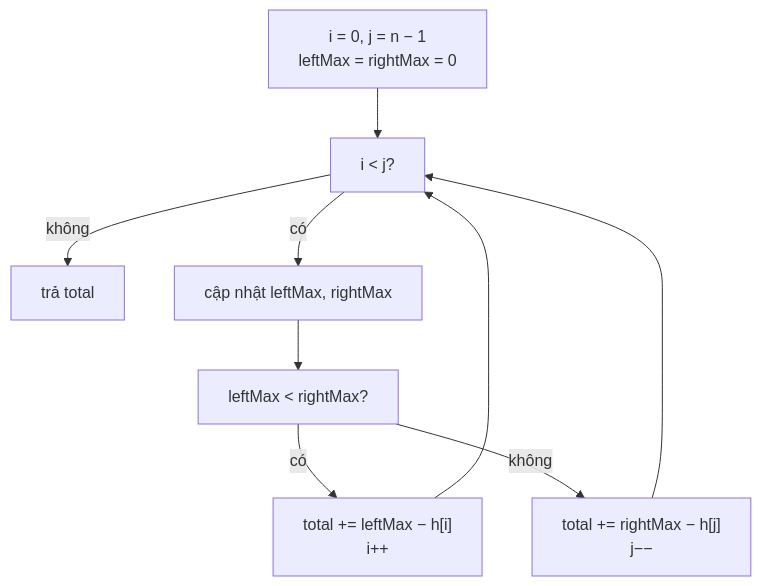
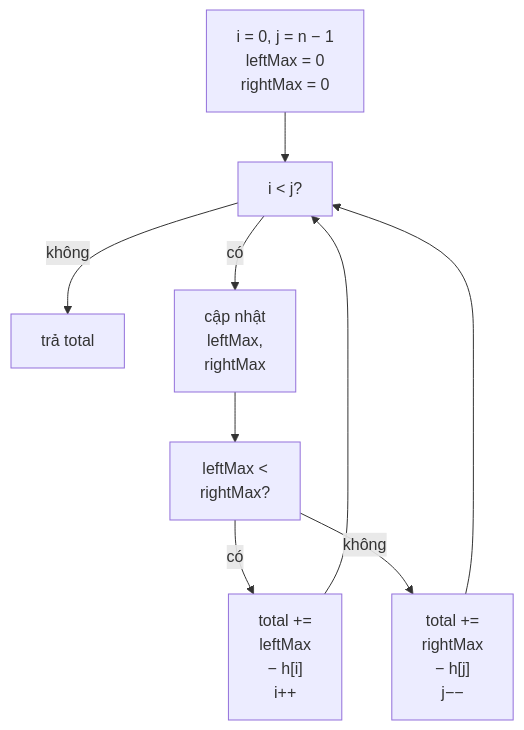
One commit to duongbui234/software-engineering-atlas changed the diagram in content/problems/trapping-rain-water.md. Above: the diagram before and after it, drawn with Mermaid. The commit also changed 134 other files, not shown here.

First line of the commit message:
Fit every Mermaid diagram at 390px without sideways scroll (#56)

````diff
--- a/content/problems/trapping-rain-water.md
+++ b/content/problems/trapping-rain-water.md
@@ -44,9 +44,9 @@
 ```mermaid
 flowchart TB
-  A["i = 0, j = n − 1<br/>leftMax = rightMax = 0"] --> B["i < j?"]
+  A["i = 0, j = n − 1<br/>leftMax = 0<br/>rightMax = 0"] --> B["i < j?"]
   B -->|"không"| R["trả total"]
-  B -->|"có"| C["cập nhật leftMax, rightMax"]
-  C --> D["leftMax < rightMax?"]
-  D -->|"có"| E["total += leftMax − h[i]<br/>i++"] --> B
-  D -->|"không"| F["total += rightMax − h[j]<br/>j−−"] --> B
+  B -->|"có"| C["cập nhật<br/>leftMax,<br/>rightMax"]
+  C --> D["leftMax <<br/>rightMax?"]
+  D -->|"có"| E["total +=<br/>leftMax<br/>− h[i]<br/>i++"] --> B
+  D -->|"không"| F["total +=<br/>rightMax<br/>− h[j]<br/>j−−"] --> B
 ```
````
